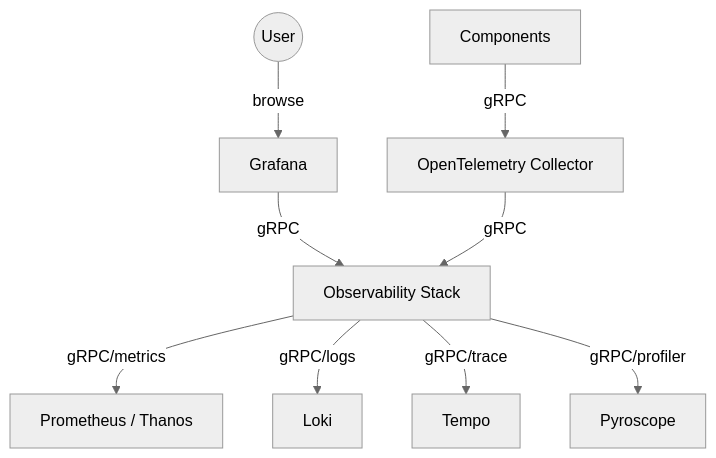
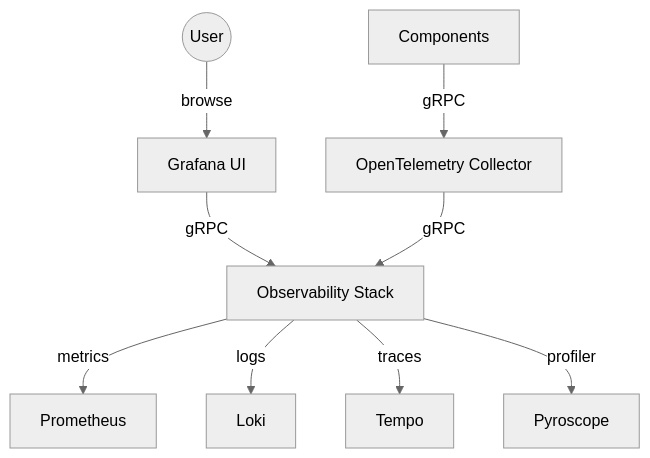
One commit to using-system/m8te.ai changed the second of 2 diagrams in README.md. Above: the diagram before and after it, drawn with Mermaid (neutral theme). The commit also changed 17 other files, not shown here.

````diff
--- a/README.md
+++ b/README.md
@@ -50,21 +50,21 @@
 ```mermaid
 flowchart TD
     user((User))
-    grafana[Grafana]
+    grafana[Grafana UI]
     component[Components]
     otlp[OpenTelemetry Collector]
     consumer[Observability Stack]
-    prometheus[Prometheus / Thanos]
+    prometheus[Prometheus]
     loki[Loki]
     tempo[Tempo]
     pyroscope[Pyroscope]
 
     user -->|browse| grafana
     component -->|gRPC| otlp
     grafana -->|gRPC| consumer
     otlp -->|gRPC| consumer
-    consumer -->|gRPC/metrics| prometheus
-    consumer -->|gRPC/logs| loki
-    consumer -->|gRPC/trace| tempo
-    consumer -->|gRPC/profiler| pyroscope
+    consumer -->|metrics| prometheus
+    consumer -->|logs| loki
+    consumer -->|traces| tempo
+    consumer -->|profiler| pyroscope
 ```
````
